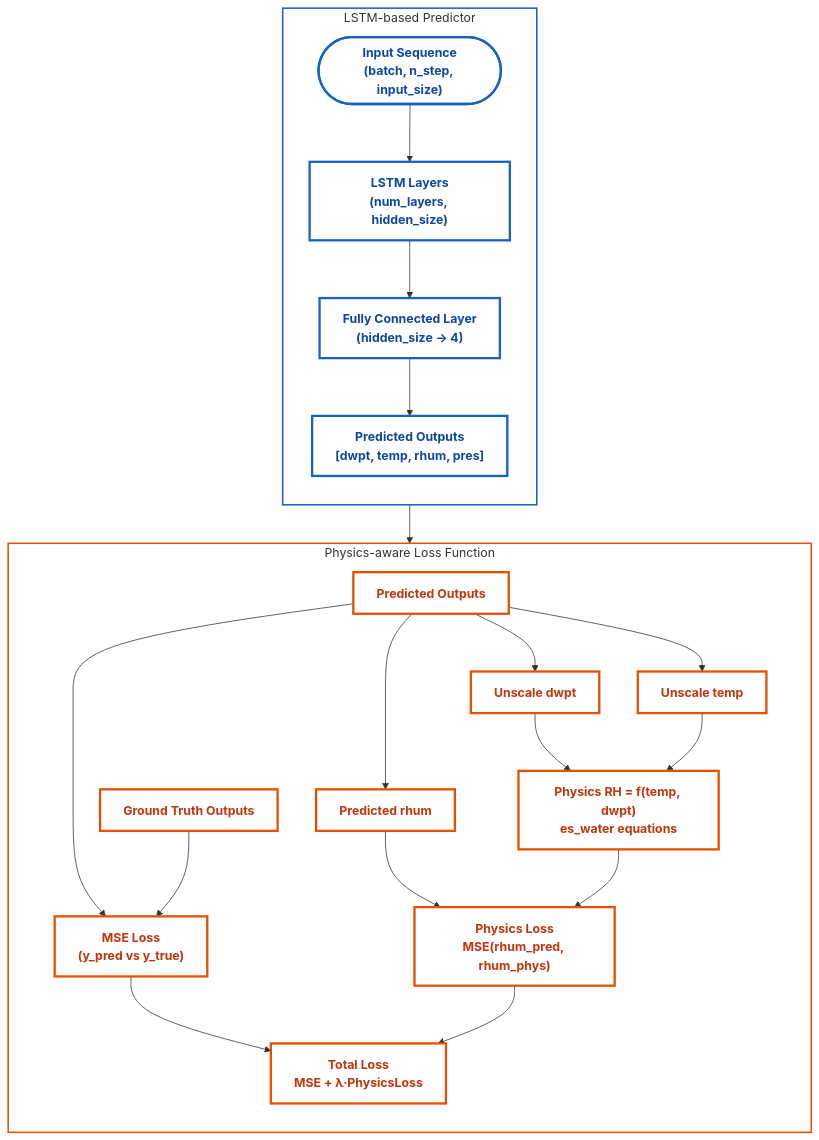
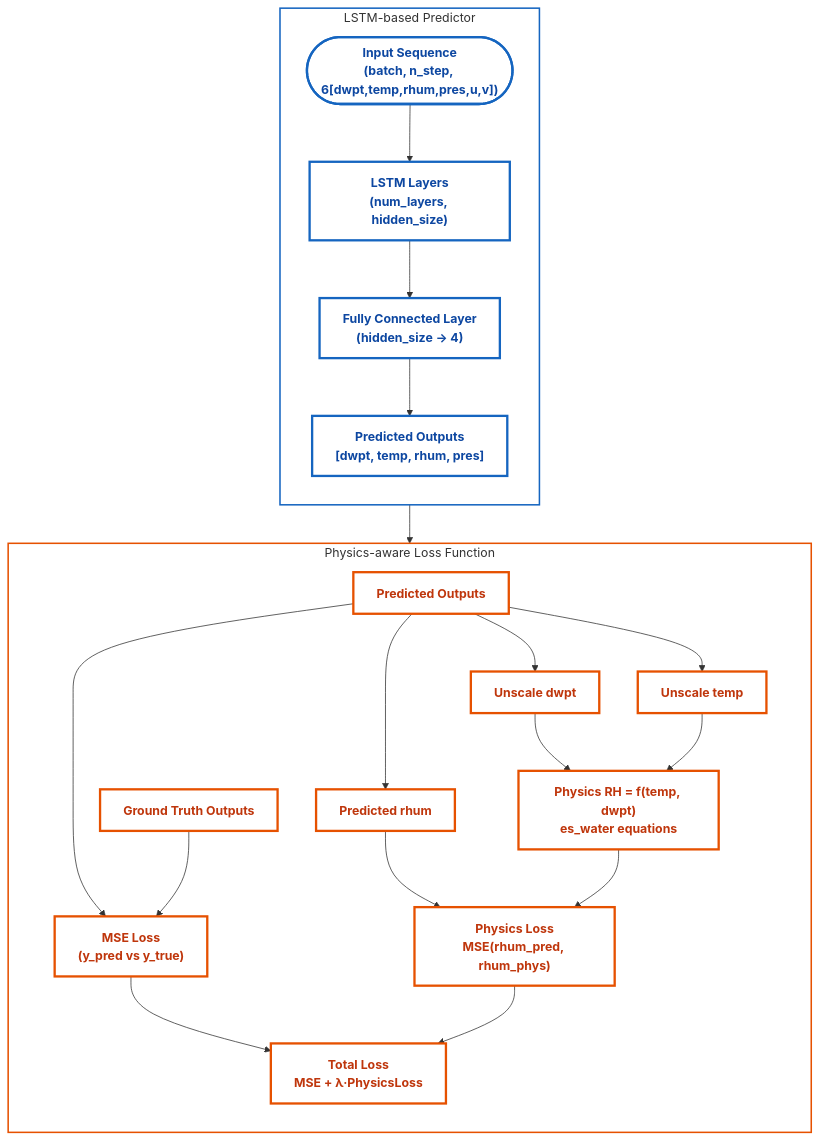
The second of 2 diagrams in README.md (sayan-geoDL/physaware-lstm-forecast), drawn with Mermaid before and after one commit.

Commit message:
Minor changes

````diff
--- a/README.md
+++ b/README.md
@@ -213,52 +213,52 @@
 ```mermaid
 flowchart TB
     %% ===================== Model =====================
     subgraph M["LSTM-based Predictor"]
         direction TB
-        IN(["Input Sequence<br/>(batch, n_step, input_size)"]):::model
+        IN(["Input Sequence<br/>(batch, n_step, 6[dwpt,temp,rhum,pres,u,v])"]):::model
         LSTM["LSTM Layers<br/>(num_layers, hidden_size)"]:::model
         FC["Fully Connected Layer<br/>(hidden_size → 4)"]:::model
         OUT["Predicted Outputs<br/>[dwpt, temp, rhum, pres]"]:::model
 
         IN --> LSTM --> FC --> OUT
     end
 
     %% ===================== Physics-aware Loss =====================
     subgraph L["Physics-aware Loss Function"]
         direction TB
         YP["Predicted Outputs"]:::loss
         YT["Ground Truth Outputs"]:::loss
 
         MSE["MSE Loss<br/>(y_pred vs y_true)"]:::loss
 
         DWPT["Unscale dwpt"]:::loss
         TEMP["Unscale temp"]:::loss
         RHUM_P["Predicted rhum"]:::loss
         RHUM_PHYS["Physics RH = f(temp, dwpt)<br/>es_water equations"]:::loss
 
         PHYS_LOSS["Physics Loss<br/>MSE(rhum_pred, rhum_phys)"]:::loss
 
         TOTAL["Total Loss<br/>MSE + λ·PhysicsLoss"]:::loss
 
         YP --> MSE
         YT --> MSE
 
         YP --> DWPT --> RHUM_PHYS
         YP --> TEMP --> RHUM_PHYS
         YP --> RHUM_P --> PHYS_LOSS
         RHUM_PHYS --> PHYS_LOSS
 
         MSE --> TOTAL
         PHYS_LOSS --> TOTAL
     end
 
     %% ===================== Data Flow =====================
     OUT --> YP
 
     %% ===================== Styling =====================
     classDef model fill:#FFFFFF,stroke:#1565C0,stroke-width:3px,color:#0D47A1,font-weight:bold
     classDef loss fill:#FFFFFF,stroke:#E65100,stroke-width:3px,color:#BF360C,font-weight:bold
     style M fill:none,stroke:#1565C0,stroke-width:2px
     style L fill:none,stroke:#E65100,stroke-width:2px
 
 ```
````
